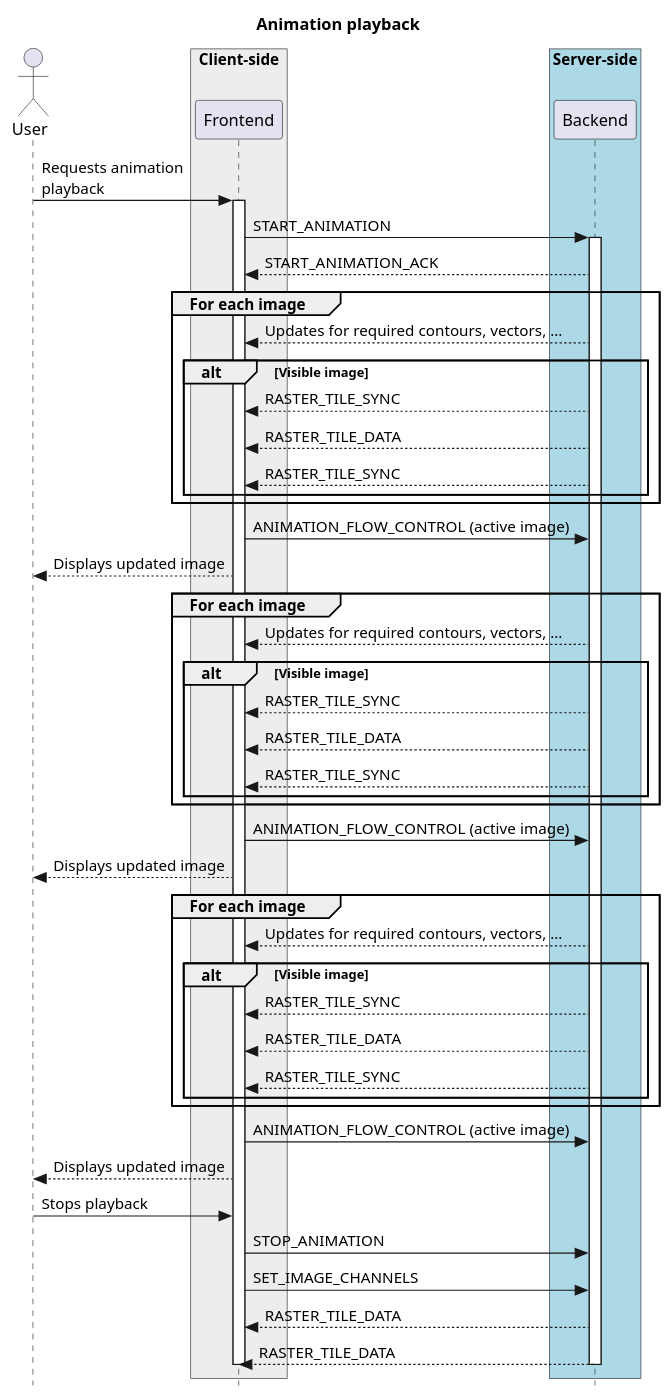
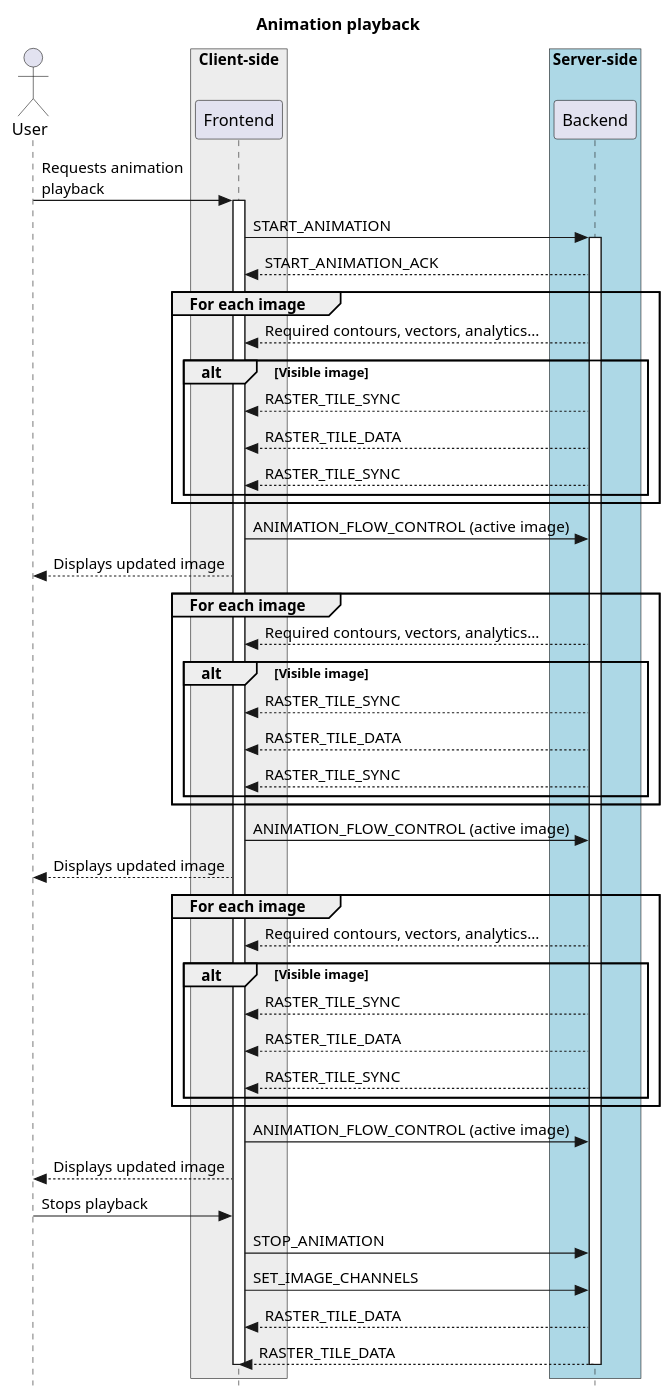
One commit to CARTAvis/carta-protobuf changed the third of 3 diagrams in docs/src/data_cube_navigation.rst. Above: the diagram before and after it, drawn with PlantUML. The commit also changed other lines of this file, not shown here.

Commit message:
minor change

```diff
--- a/docs/src/data_cube_navigation.rst
+++ b/docs/src/data_cube_navigation.rst
@@ -116,56 +116,56 @@
 .. uml::
     
     skinparam style strictuml
     hide footbox
     title Animation playback
     
     actor User
     box "Client-side" #EDEDED
             participant Frontend
     end box
     
     box "Server-side" #lightblue
     	participant Backend
     end box
     User -> Frontend: Requests animation\nplayback
     activate Frontend
     Frontend -> Backend : START_ANIMATION
     activate Backend
     Frontend <-- Backend : START_ANIMATION_ACK
     Group For each image
-        Frontend <-- Backend : Updates for required contours, vectors, ...
+        Frontend <-- Backend : Required contours, vectors, analytics...
         alt Visible image
             Frontend <-- Backend : RASTER_TILE_SYNC
             Frontend <-- Backend : RASTER_TILE_DATA
             Frontend <-- Backend : RASTER_TILE_SYNC
         end
     end
     Frontend -> Backend: ANIMATION_FLOW_CONTROL (active image)
     User <-- Frontend: Displays updated image
     Group For each image
-        Frontend <-- Backend : Updates for required contours, vectors, ...
+        Frontend <-- Backend : Required contours, vectors, analytics...
         alt Visible image
             Frontend <-- Backend : RASTER_TILE_SYNC
             Frontend <-- Backend : RASTER_TILE_DATA
             Frontend <-- Backend : RASTER_TILE_SYNC
         end
     end
     Frontend -> Backend: ANIMATION_FLOW_CONTROL (active image)
     User <-- Frontend: Displays updated image
     Group For each image
-        Frontend <-- Backend : Updates for required contours, vectors, ...
+        Frontend <-- Backend : Required contours, vectors, analytics...
         alt Visible image
             Frontend <-- Backend : RASTER_TILE_SYNC
             Frontend <-- Backend : RASTER_TILE_DATA
             Frontend <-- Backend : RASTER_TILE_SYNC
         end
     end
     Frontend -> Backend: ANIMATION_FLOW_CONTROL (active image)
     User <-- Frontend: Displays updated image
     User -> Frontend : Stops playback
     Frontend -> Backend : STOP_ANIMATION
     Frontend -> Backend : SET_IMAGE_CHANNELS
     Frontend <-- Backend : RASTER_TILE_DATA
     Frontend <-- Backend : RASTER_TILE_DATA
     deactivate Frontend
     deactivate Backend
```
